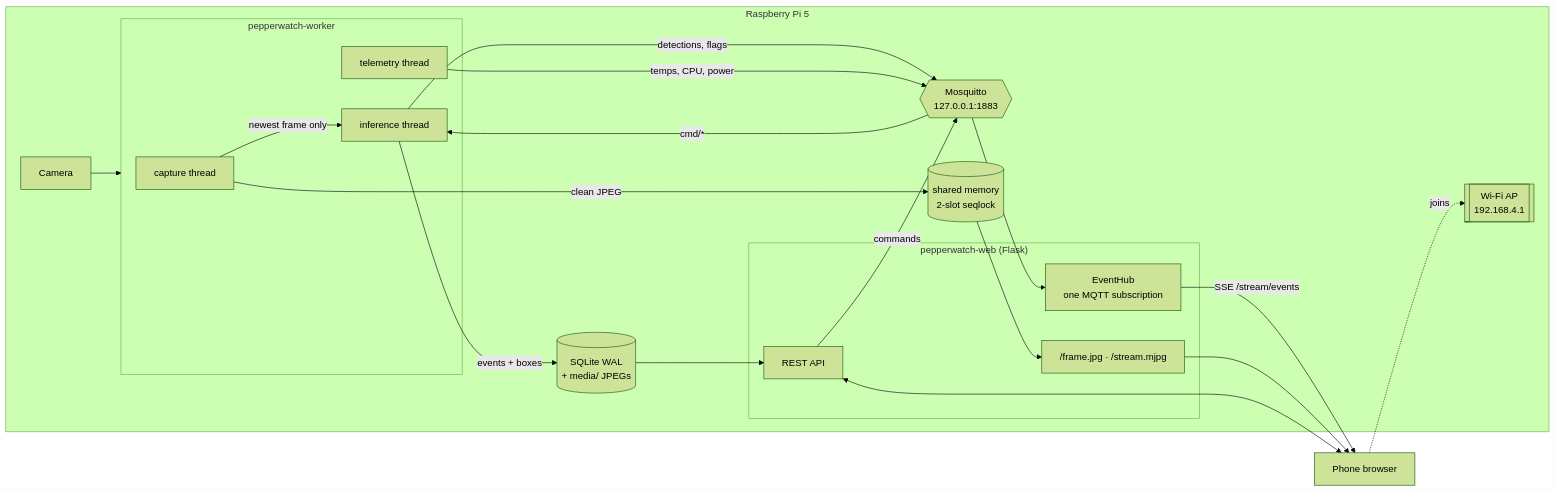
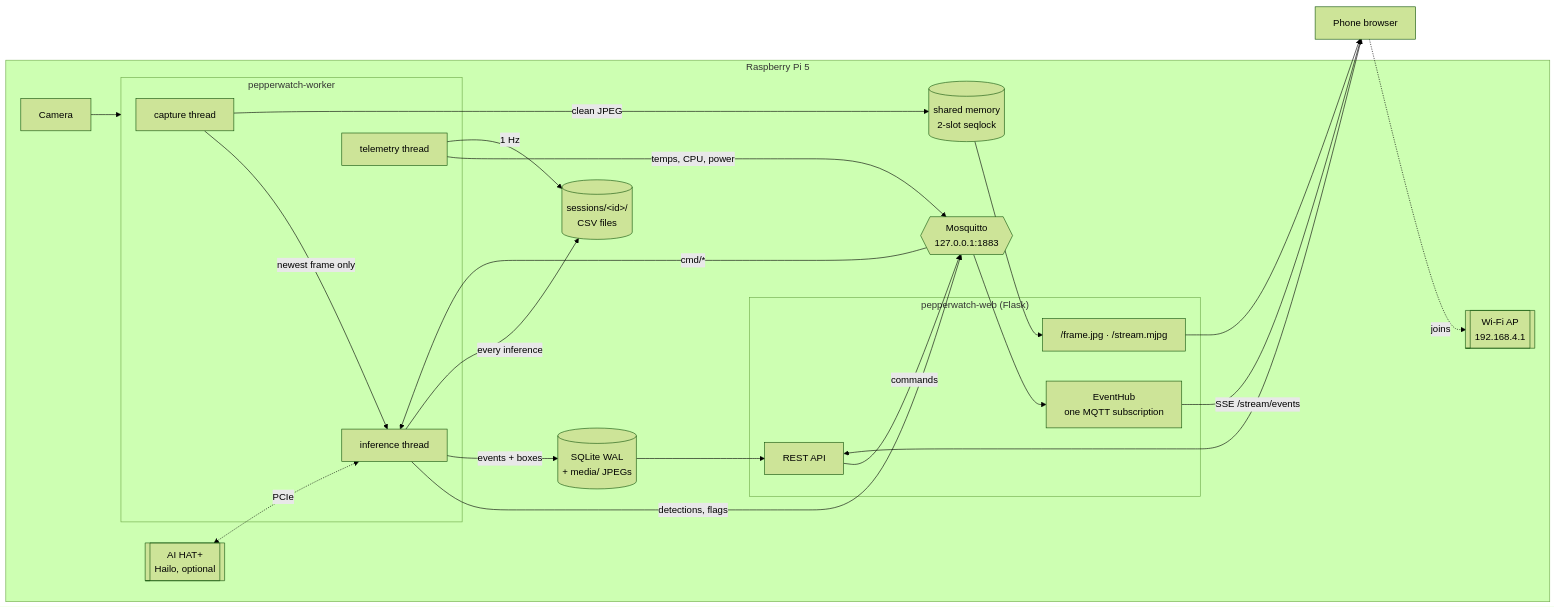
Before and after one commit to TristanListanco/pepperwatch-aphid-detection: the first of 4 diagrams in README.md, drawn with Mermaid (forest theme). The commit also changed other lines of this file and 61 other files, not shown here.

````diff
--- a/README.md
+++ b/README.md
@@ -105,34 +117,37 @@
 ```mermaid
 flowchart LR
     subgraph Pi["Raspberry Pi 5"]
         CAM[Camera] --> W
 
         subgraph W["pepperwatch-worker"]
             CT[capture thread] -->|newest frame only| IT[inference thread]
             TT[telemetry thread]
         end
 
+        HAT[[AI HAT+<br/>Hailo, optional]] <-.->|PCIe| IT
         CT -->|clean JPEG| SHM[(shared memory<br/>2-slot seqlock)]
         IT -->|detections, flags| MQ{{Mosquitto<br/>127.0.0.1:1883}}
         TT -->|temps, CPU, power| MQ
         IT -->|events + boxes| DB[(SQLite WAL<br/>+ media/ JPEGs)]
+        IT -->|every inference| CSV[(sessions/&lt;id&gt;/<br/>CSV files)]
+        TT -->|1 Hz| CSV
 
         subgraph WEB["pepperwatch-web (Flask)"]
             HUB[EventHub<br/>one MQTT subscription]
             REST[REST API]
             STR["/frame.jpg · /stream.mjpg"]
         end
 
         MQ --> HUB
         SHM --> STR
         DB --> REST
         REST -->|commands| MQ
         MQ -->|"cmd/*"| IT
         AP[[Wi-Fi AP<br/>192.168.4.1]]
     end
 
     HUB -->|SSE /stream/events| PH[Phone browser]
     STR --> PH
     REST <--> PH
     PH -.joins.-> AP
 ```
````
